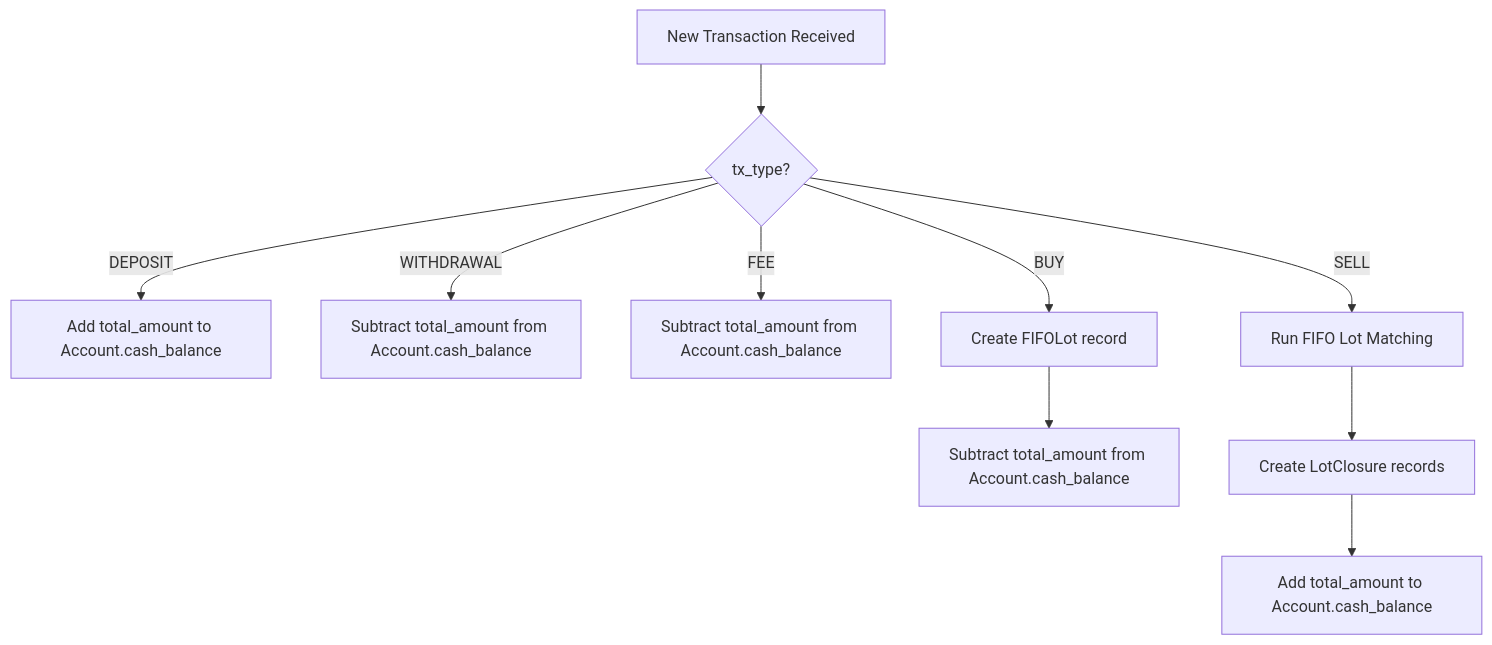
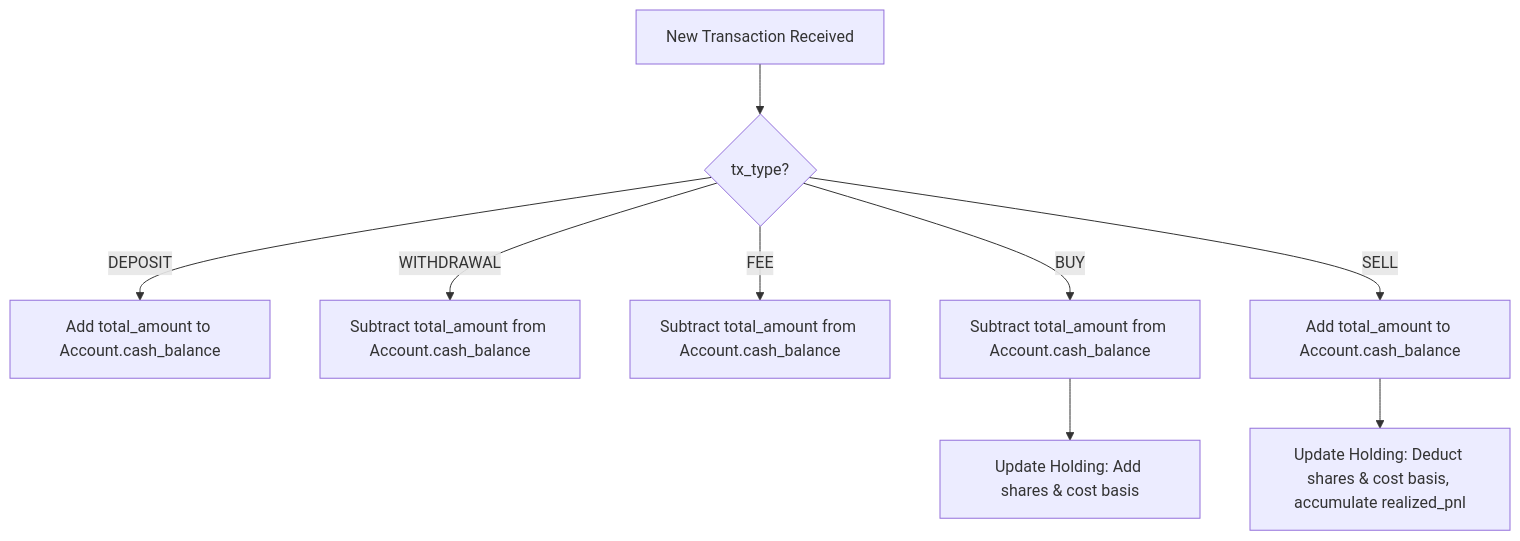
One commit to HEiSENBERG-19/folio changed the second of 3 diagrams in ARCHITECTURE.md. Above: the diagram before and after it, drawn with Mermaid. The commit also changed other lines of this file and 2 other files, not shown here.

First line of the commit message:
docs(build): update documentation to replace FIFO P&L with WAC

````diff
--- a/ARCHITECTURE.md
+++ b/ARCHITECTURE.md
@@ -266,12 +322,11 @@
 ```mermaid
 flowchart TD
     A[New Transaction Received] --> B{tx_type?}
     B -->|DEPOSIT| C[Add total_amount to Account.cash_balance]
     B -->|WITHDRAWAL| D[Subtract total_amount from Account.cash_balance]
     B -->|FEE| E[Subtract total_amount from Account.cash_balance]
-    B -->|BUY| F[Create FIFOLot record]
-    F --> G[Subtract total_amount from Account.cash_balance]
-    B -->|SELL| H[Run FIFO Lot Matching]
-    H --> I[Create LotClosure records]
-    I --> J[Add total_amount to Account.cash_balance]
+    B -->|BUY| F[Subtract total_amount from Account.cash_balance]
+    F --> G[Update Holding: Add shares & cost basis]
+    B -->|SELL| H[Add total_amount to Account.cash_balance]
+    H --> I[Update Holding: Deduct shares & cost basis, accumulate realized_pnl]
 ```
````
